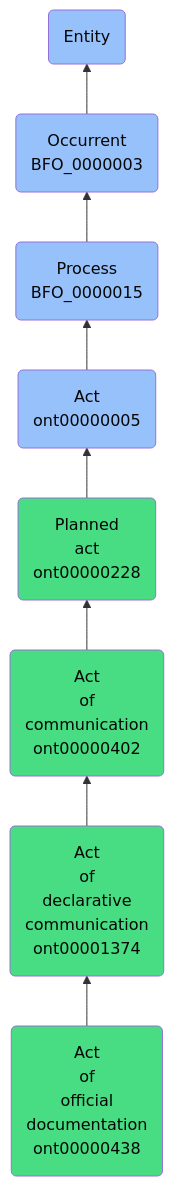
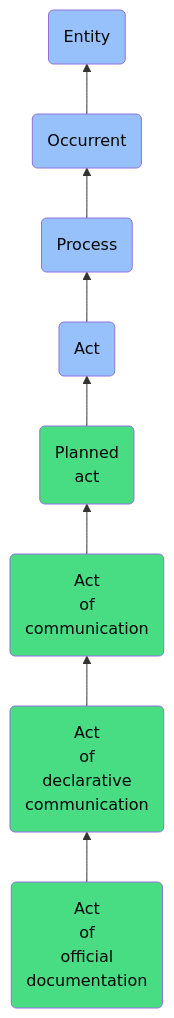
The diagram in docs/ontology/reference/model/Entity/Occurrent/Process/Act/Planned act/Act of communication/Act of declarative communication/Act of official documentation/Act of official documentation.md (jupyter-naas/abi), drawn with Mermaid before and after one commit. The commit also changed other lines of this file and 1430 other files, not shown here.

````diff
--- a/docs/ontology/reference/model/Entity/Occurrent/Process/Act/Planned act/Act of communication/Act of declarative communication/Act of official documentation/Act of official documentation.md
+++ b/docs/ontology/reference/model/Entity/Occurrent/Process/Act/Planned act/Act of communication/Act of declarative communication/Act of official documentation/Act of official documentation.md
@@ -24,15 +24,15 @@
 ```mermaid
 graph BT
-    ont00000438(Act<br>of<br>official<br>documentation<br>ont00000438):::ABI-->ont00001374
-    ont00001374(Act<br>of<br>declarative<br>communication<br>ont00001374):::ABI-->ont00000402
-    ont00000402(Act<br>of<br>communication<br>ont00000402):::ABI-->ont00000228
-    ont00000228(Planned<br>act<br>ont00000228):::ABI-->ont00000005
-    ont00000005(Act<br>ont00000005):::BFO-->BFO_0000015
-    BFO_0000015(Process<br>BFO_0000015):::BFO-->BFO_0000003
-    BFO_0000003(Occurrent<br>BFO_0000003):::BFO-->BFO_0000001
+    ont00000438(Act<br>of<br>official<br>documentation):::ABI-->ont00001374
+    ont00001374(Act<br>of<br>declarative<br>communication):::ABI-->ont00000402
+    ont00000402(Act<br>of<br>communication):::ABI-->ont00000228
+    ont00000228(Planned<br>act):::ABI-->ont00000005
+    ont00000005(Act):::BFO-->BFO_0000015
+    BFO_0000015(Process):::BFO-->BFO_0000003
+    BFO_0000003(Occurrent):::BFO-->BFO_0000001
     BFO_0000001(Entity):::BFO
     
     classDef BFO fill:#97c1fb,color:#060606
     classDef CCO fill:#e4c51e,color:#060606
     classDef ABI fill:#48DD82,color:#060606
 ```
````
